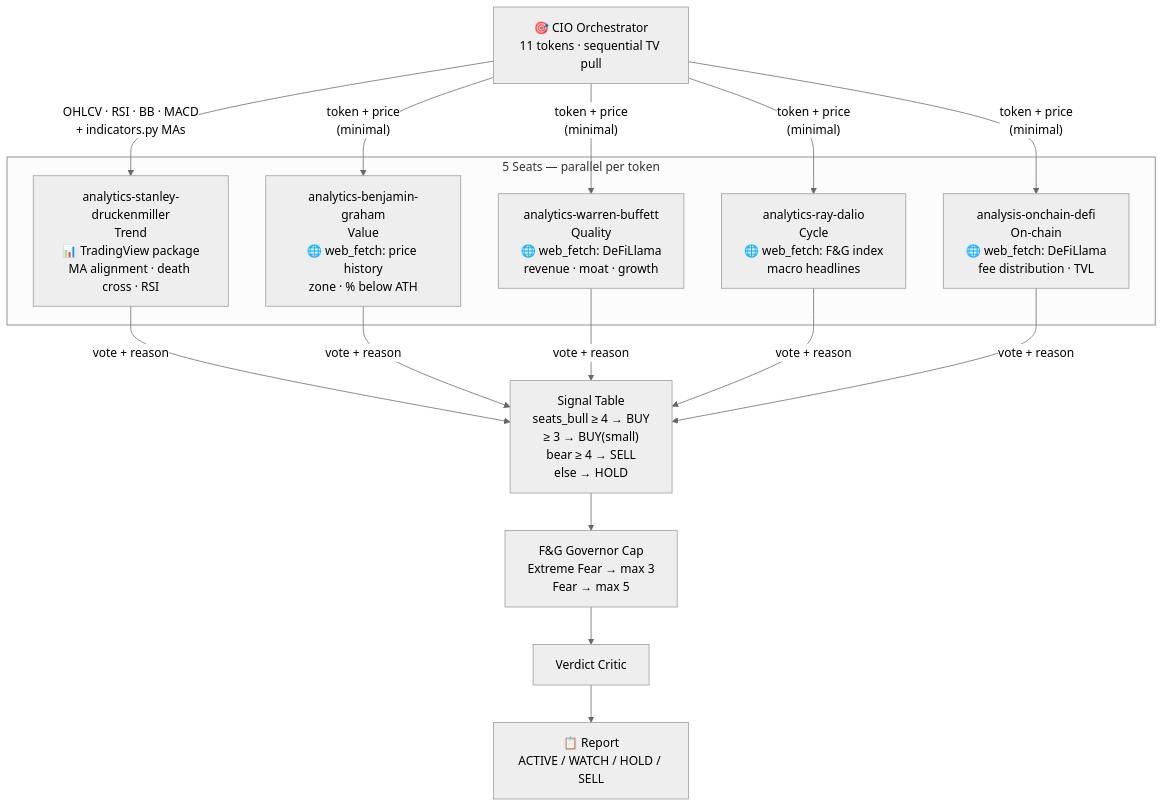
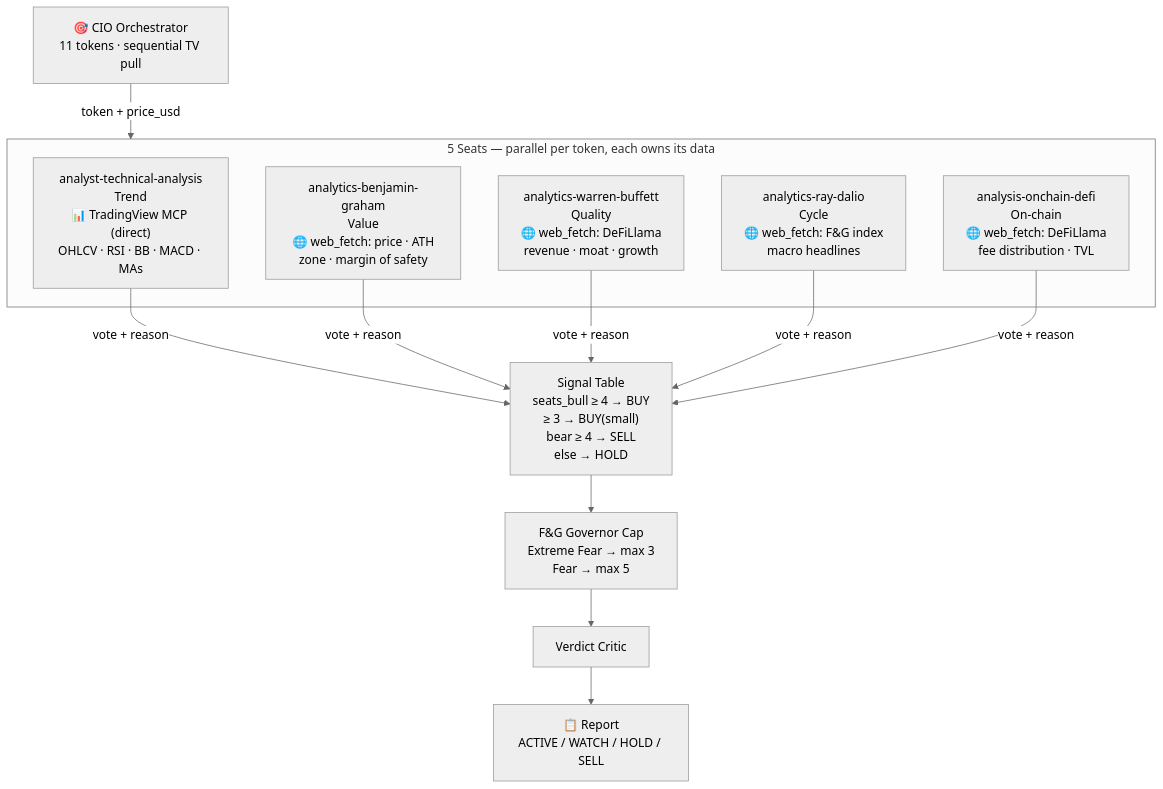
One commit to dzianisv/backtest changed the diagram in .agents/skills/crypto-advisor/SKILL.md. Above: the diagram before and after it, drawn with Mermaid (neutral theme). The commit also changed other lines of this file, not shown here.

First line of the commit message:
fix(crypto-advisor): technical analyst uses TradingView directly, no pre-fetch workaround

````diff
--- a/.agents/skills/crypto-advisor/SKILL.md
+++ b/.agents/skills/crypto-advisor/SKILL.md
@@ -24,31 +24,26 @@
 ```mermaid
 flowchart TD
     CIO["🎯 CIO Orchestrator\n11 tokens · sequential TV pull"]
 
-    CIO -->|"OHLCV · RSI · BB · MACD\n+ indicators.py MAs"| TREND
+    CIO -->|"token + price_usd"| SEATS
 
-    CIO -->|"token + price\n(minimal)"| VALUE
-    CIO -->|"token + price\n(minimal)"| QUALITY
-    CIO -->|"token + price\n(minimal)"| CYCLE
-    CIO -->|"token + price\n(minimal)"| ONCHAIN
-
-    subgraph SEATS["5 Seats — parallel per token"]
-        TREND["analytics-stanley-druckenmiller\nTrend\n📊 TradingView package\nMA alignment · death cross · RSI"]
-        VALUE["analytics-benjamin-graham\nValue\n🌐 web_fetch: price history\nzone · % below ATH"]
+    subgraph SEATS["5 Seats — parallel per token, each owns its data"]
+        TREND["analyst-technical-analysis\nTrend\n📊 TradingView MCP (direct)\nOHLCV · RSI · BB · MACD · MAs"]
+        VALUE["analytics-benjamin-graham\nValue\n🌐 web_fetch: price · ATH\nzone · margin of safety"]
         QUALITY["analytics-warren-buffett\nQuality\n🌐 web_fetch: DeFiLlama\nrevenue · moat · growth"]
         CYCLE["analytics-ray-dalio\nCycle\n🌐 web_fetch: F&G index\nmacro headlines"]
         ONCHAIN["analysis-onchain-defi\nOn-chain\n🌐 web_fetch: DeFiLlama\nfee distribution · TVL"]
     end
 
     TREND -->|"vote + reason"| QUORUM
     VALUE -->|"vote + reason"| QUORUM
     QUALITY -->|"vote + reason"| QUORUM
     CYCLE -->|"vote + reason"| QUORUM
     ONCHAIN -->|"vote + reason"| QUORUM
 
     QUORUM["Signal Table\nseats_bull ≥ 4 → BUY\n≥ 3 → BUY(small)\nbear ≥ 4 → SELL\nelse → HOLD"]
 
     QUORUM --> GOV["F&G Governor Cap\nExtreme Fear → max 3\nFear → max 5"]
     GOV --> CRITIC["Verdict Critic"]
     CRITIC --> OUT["📋 Report\nACTIVE / WATCH / HOLD / SELL"]
 ```
````
